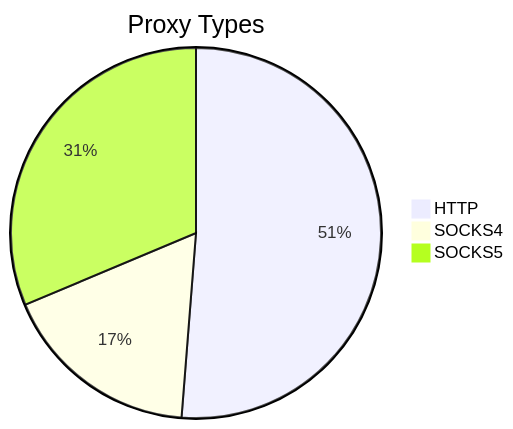
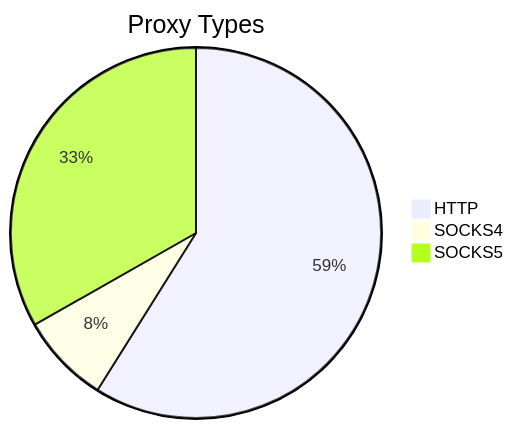
The first of 2 diagrams in README.md (stormsia/proxy-list), drawn with Mermaid before and after one commit. The commit also changed other lines of this file, not shown here.

````diff
--- a/README.md
+++ b/README.md
@@ -21,6 +21,6 @@
 ```mermaid
 pie title Proxy Types
-    "HTTP" : 247
-    "SOCKS4" : 84
-    "SOCKS5" : 151
+    "HTTP" : 195
+    "SOCKS4" : 26
+    "SOCKS5" : 110
 ```
````
